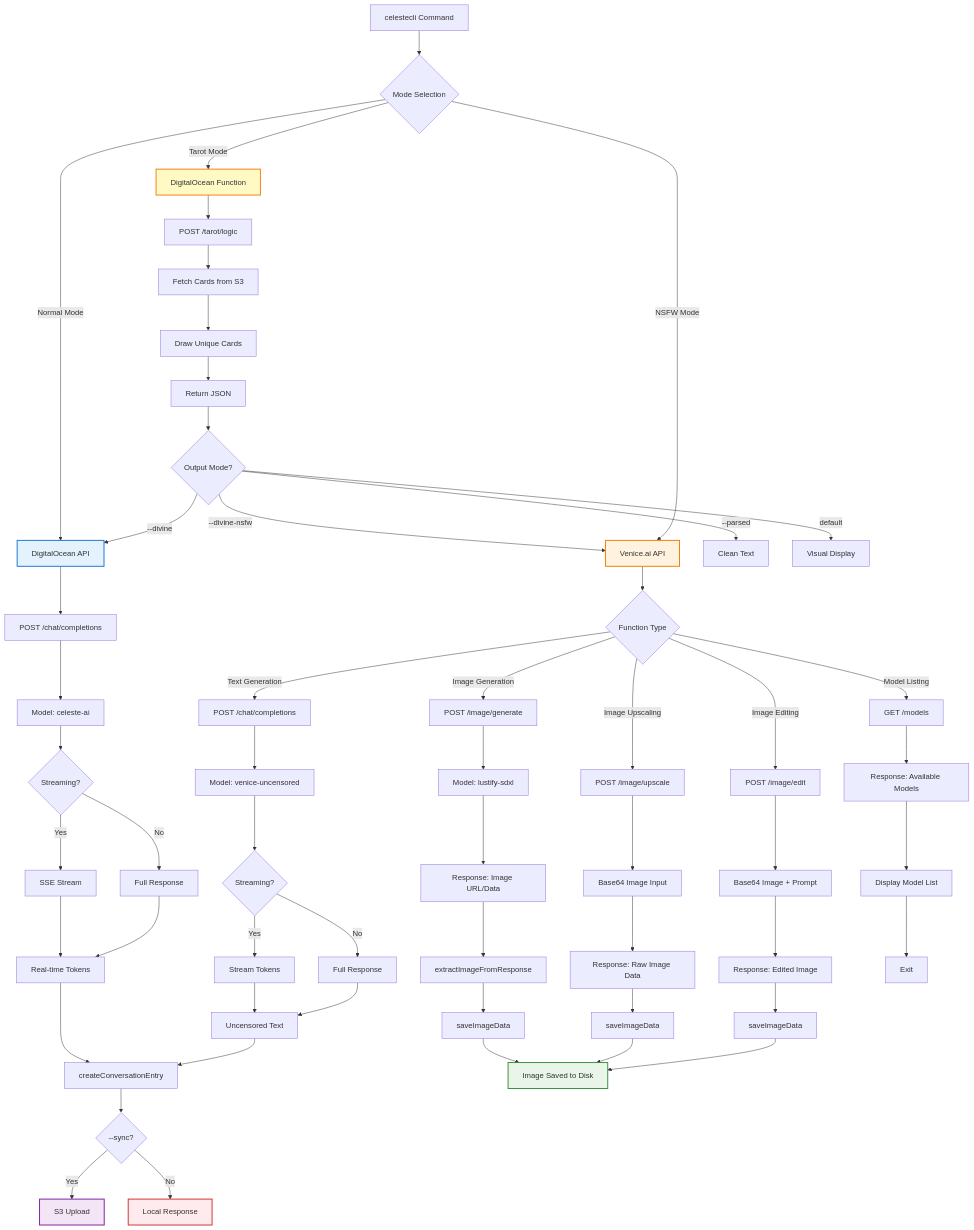
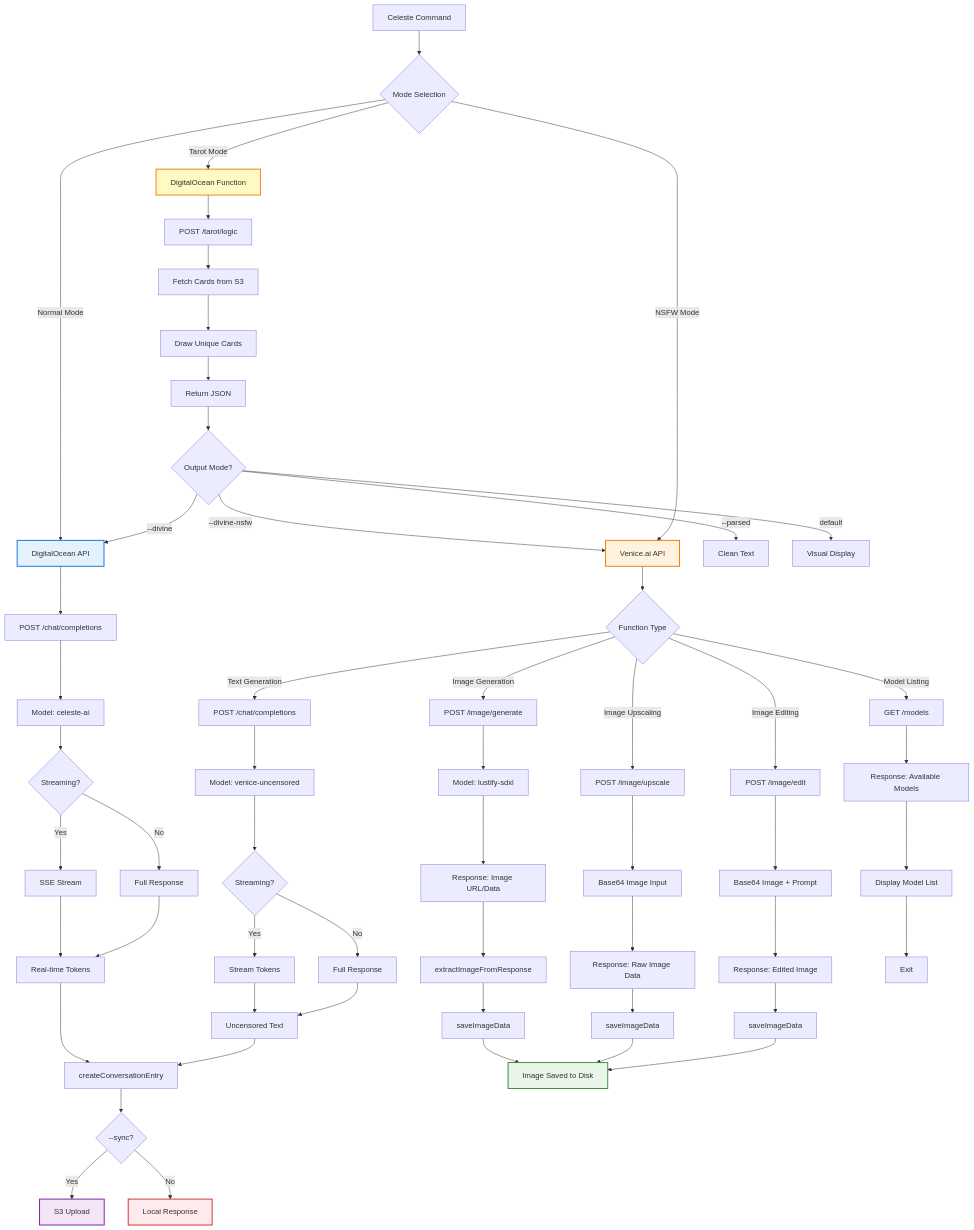
The fourth of 8 diagrams in README.md (whykusanagi/celesteCLI), drawn with Mermaid before and after one commit. The commit also changed other lines of this file and 6 other files, not shown here.

First line of the commit message:
Refactor: Rename celestecli to Celeste throughout codebase

````diff
--- a/README.md
+++ b/README.md
@@ -663,73 +675,73 @@
 ```mermaid
 graph TD
-    A[celestecli Command] --> B{Mode Selection}
+    A[Celeste Command] --> B{Mode Selection}
     
     B -->|Normal Mode| C[DigitalOcean API]
     C --> C1[POST /chat/completions]
     C1 --> C2[Model: celeste-ai]
     C2 --> C3{Streaming?}
     C3 -->|Yes| C4[SSE Stream]
     C3 -->|No| C5[Full Response]
     C4 --> C6[Real-time Tokens]
     C5 --> C6
     
     B -->|Tarot Mode| T[DigitalOcean Function]
     T --> T1[POST /tarot/logic]
     T1 --> T2[Fetch Cards from S3]
     T2 --> T3[Draw Unique Cards]
     T3 --> T4[Return JSON]
     T4 --> T5{Output Mode?}
     T5 -->|--divine| C
     T5 -->|--divine-nsfw| D
     T5 -->|--parsed| T6[Clean Text]
     T5 -->|default| T7[Visual Display]
     
     B -->|NSFW Mode| D[Venice.ai API]
     D --> E{Function Type}
     
     E -->|Text Generation| F[POST /chat/completions]
     F --> F1[Model: venice-uncensored]
     F1 --> F2{Streaming?}
     F2 -->|Yes| F3[Stream Tokens]
     F2 -->|No| F4[Full Response]
     F3 --> F5[Uncensored Text]
     F4 --> F5
     
     E -->|Image Generation| G[POST /image/generate]
     G --> G1[Model: lustify-sdxl]
     G1 --> G2[Response: Image URL/Data]
     G2 --> G3[extractImageFromResponse]
     G3 --> G4[saveImageData]
     
     E -->|Image Upscaling| H[POST /image/upscale]
     H --> H1[Base64 Image Input]
     H1 --> H2[Response: Raw Image Data]
     H2 --> H3[saveImageData]
     
     E -->|Image Editing| I[POST /image/edit]
     I --> I1[Base64 Image + Prompt]
     I1 --> I2[Response: Edited Image]
     I2 --> I3[saveImageData]
     
     E -->|Model Listing| J[GET /models]
     J --> J1[Response: Available Models]
     J1 --> J2[Display Model List]
     
     C6 --> K[createConversationEntry]
     F5 --> K
     G4 --> L[Image Saved to Disk]
     H3 --> L
     I3 --> L
     J2 --> M[Exit]
     
     K --> N{--sync?}
     N -->|Yes| O[S3 Upload]
     N -->|No| P[Local Response]
     
     style C fill:#e3f2fd,stroke:#1976d2,stroke-width:2px
     style T fill:#fff9c4,stroke:#f57f17,stroke-width:2px
     style D fill:#fff3e0,stroke:#f57c00,stroke-width:2px
     style L fill:#e8f5e8,stroke:#388e3c,stroke-width:2px
     style O fill:#f3e5f5,stroke:#7b1fa2,stroke-width:2px
     style P fill:#ffebee,stroke:#d32f2f,stroke-width:2px
 ```
````
